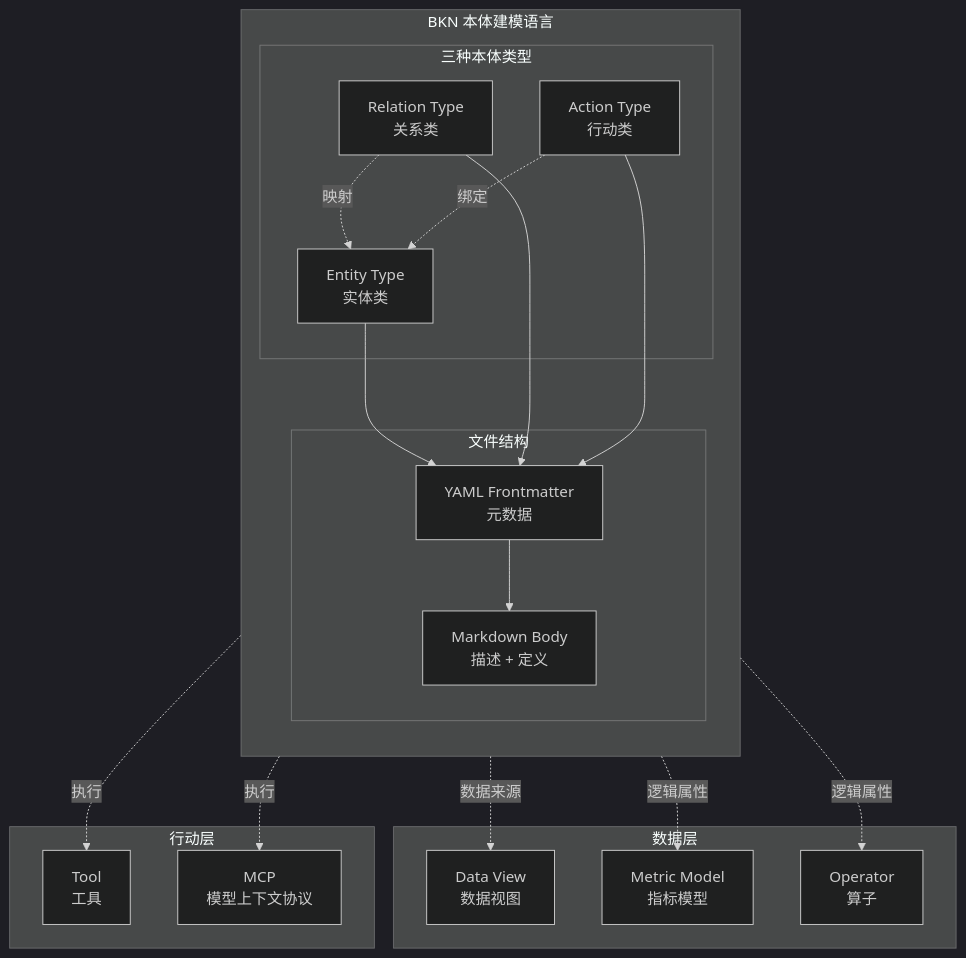
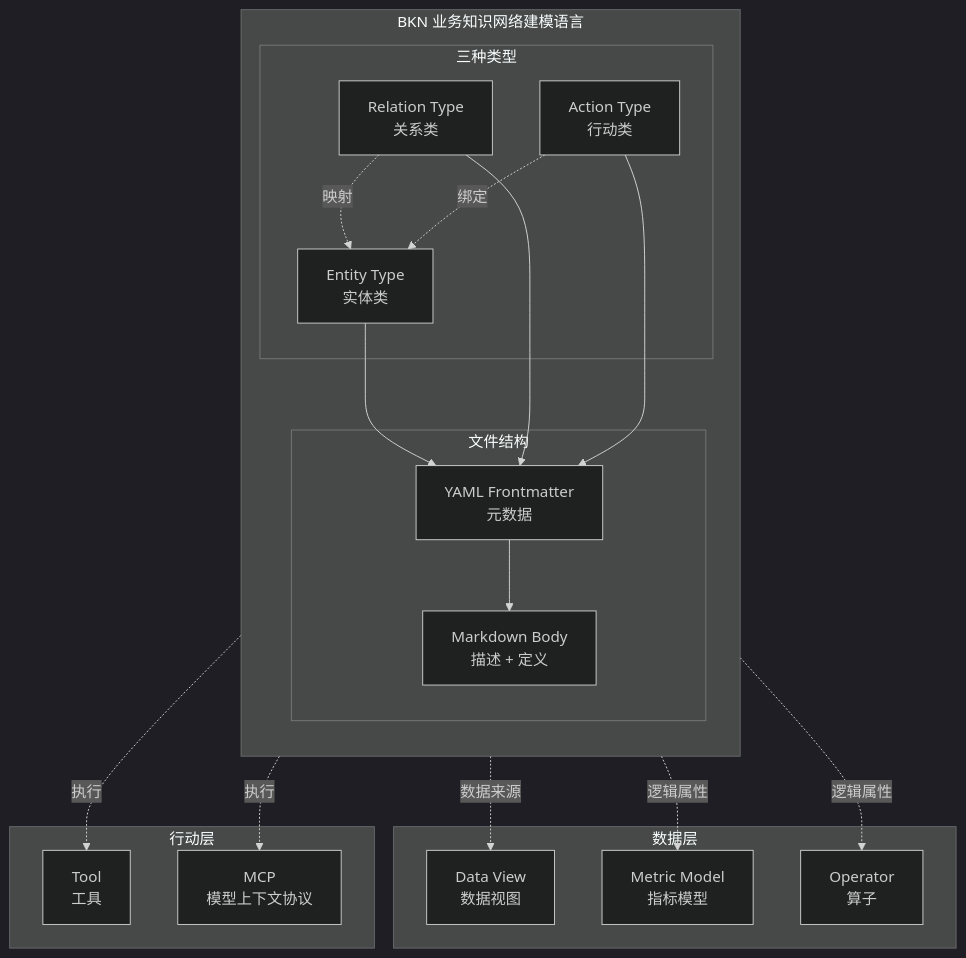
One commit to kweaver-ai/adp changed the first of 6 diagrams in docs/ontology/bkn_docs/ARCHITECTURE.md. Above: the diagram before and after it, drawn with Mermaid (dark theme). The commit also changed other lines of this file and 1 other file, not shown here.

Commit message:
fix(docs): Update terminology in BKN documentation to reflect '业务知识网络' and adjust API references

````diff
--- a/docs/ontology/bkn_docs/ARCHITECTURE.md
+++ b/docs/ontology/bkn_docs/ARCHITECTURE.md
@@ -15,41 +15,41 @@
 ```mermaid
 flowchart TB
-    subgraph BKN_Language["BKN 本体建模语言"]
+    subgraph BKN_Language["BKN 业务知识网络建模语言"]
         direction TB
         
-        subgraph Types["三种本体类型"]
+        subgraph Types["三种类型"]
             Entity["Entity Type<br/>实体类"]
             Relation["Relation Type<br/>关系类"]
             Action["Action Type<br/>行动类"]
         end
         
         subgraph Structure["文件结构"]
             Frontmatter["YAML Frontmatter<br/>元数据"]
             Body["Markdown Body<br/>描述 + 定义"]
         end
         
         Entity --> Frontmatter
         Relation --> Frontmatter
         Action --> Frontmatter
         Frontmatter --> Body
     end
     
     subgraph DataLayer["数据层"]
         DataView["Data View<br/>数据视图"]
         MetricModel["Metric Model<br/>指标模型"]
         Operator["Operator<br/>算子"]
     end
     
     subgraph ActionLayer["行动层"]
         Tool["Tool<br/>工具"]
         MCP["MCP<br/>模型上下文协议"]
     end
     
     Entity -.->|数据来源| DataView
     Entity -.->|逻辑属性| MetricModel
     Entity -.->|逻辑属性| Operator
     Relation -.->|映射| Entity
     Action -.->|绑定| Entity
     Action -.->|执行| Tool
     Action -.->|执行| MCP
 ```
````
